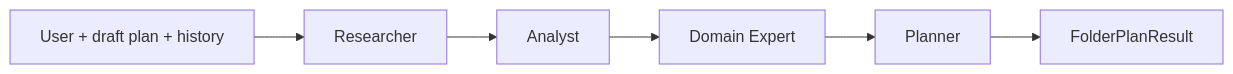
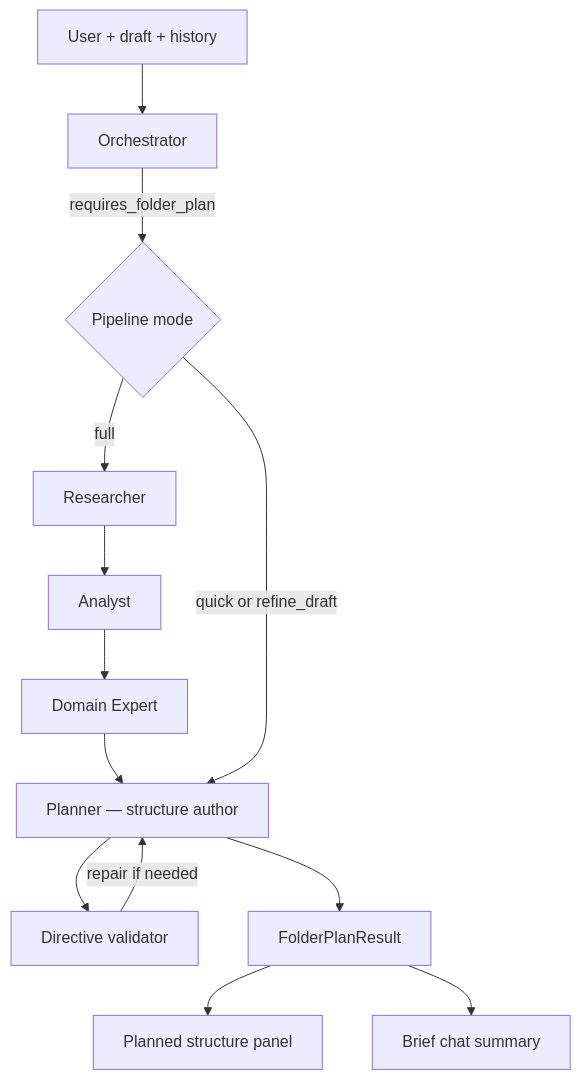
Before and after one commit to trustabl-kathrina/Architecture_space: the diagram in docs/KEW_CHAT_AGENT_FLOW.md, drawn with Mermaid. The commit also changed other lines of this file and 13 other files, not shown here.

First line of the commit message:
Improve Plan mode folder pipeline fidelity, context, and agent visibility.

````diff
--- a/docs/KEW_CHAT_AGENT_FLOW.md
+++ b/docs/KEW_CHAT_AGENT_FLOW.md
@@ -100,8 +77,15 @@
 ```mermaid
-flowchart LR
-  A[User + draft plan + history] --> B[Researcher]
-  B --> C[Analyst]
-  C --> D[Domain Expert]
-  D --> E[Planner]
-  E --> F[FolderPlanResult]
+flowchart TD
+  userMsg[User + draft + history] --> orchestrator[Orchestrator]
+  orchestrator -->|requires_folder_plan| mode{Pipeline mode}
+  mode -->|full| researcher[Researcher]
+  researcher --> analyst[Analyst]
+  analyst --> expert[Domain Expert]
+  expert --> planner[Planner — structure author]
+  mode -->|quick or refine_draft| planner
+  planner --> validator[Directive validator]
+  validator -->|repair if needed| planner
+  planner --> result[FolderPlanResult]
+  result --> panel[Planned structure panel]
+  result --> chatBrief[Brief chat summary]
 ```
````
